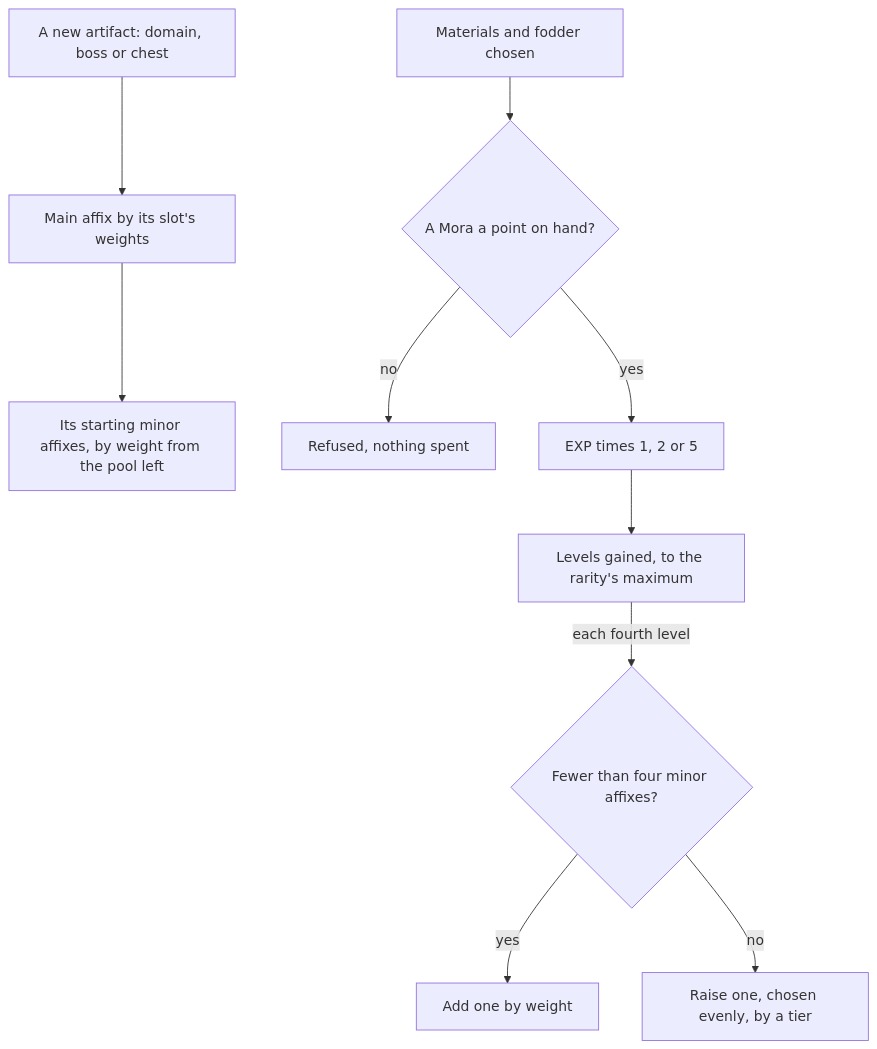
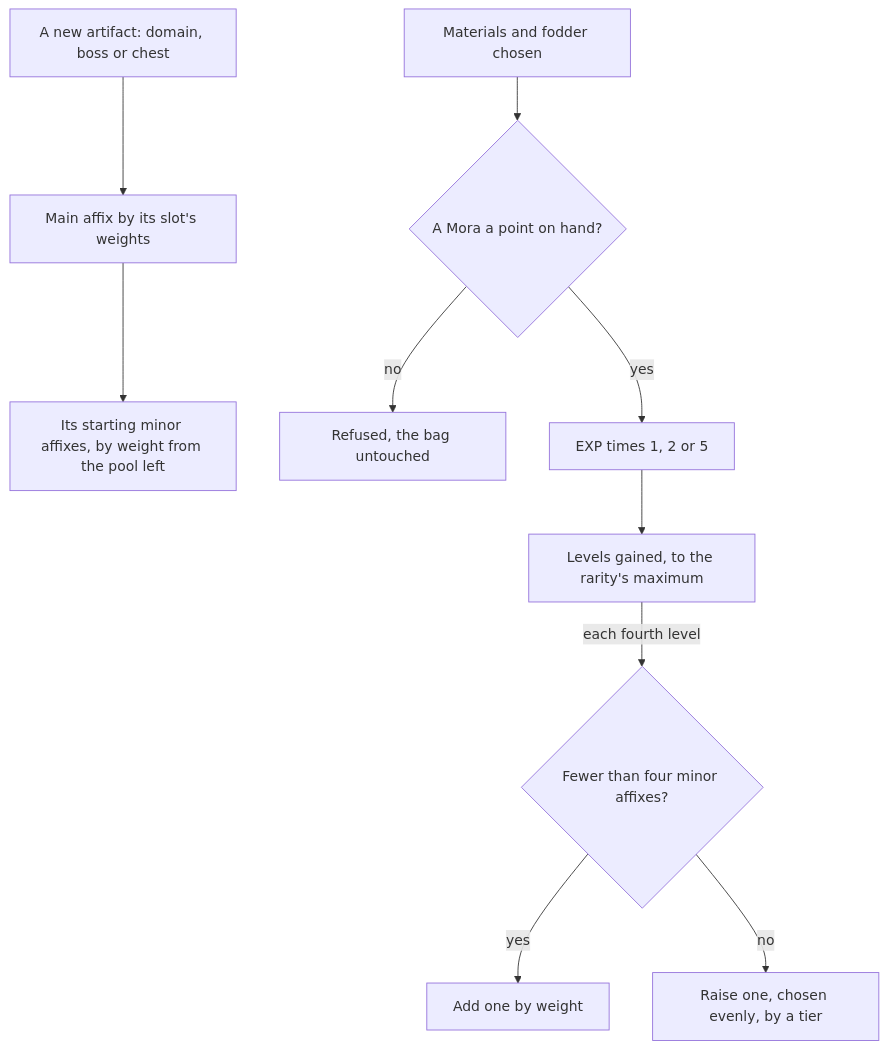
The diagram in apps/web/content/docs/proposals/genshin/artifact-enhancement.md (Esposter/Esposter), drawn with Mermaid before and after one commit. The commit also changed other lines of this file and 12 other files, not shown here.

````diff
--- a/apps/web/content/docs/proposals/genshin/artifact-enhancement.md
+++ b/apps/web/content/docs/proposals/genshin/artifact-enhancement.md
@@ -23,12 +23,12 @@
 ```mermaid
 flowchart TD
   NEW["A new artifact: domain, boss or chest"] --> MAIN["Main affix by its slot's weights"]
   MAIN --> MINOR["Its starting minor affixes, by weight from the pool left"]
   ENH["Materials and fodder chosen"] --> PAY{"A Mora a point on hand?"}
-  PAY -->|"no"| REFUSE["Refused, nothing spent"]
+  PAY -->|"no"| REFUSE["Refused, the bag untouched"]
   PAY -->|"yes"| MULT["EXP times 1, 2 or 5"]
   MULT --> LEVEL["Levels gained, to the rarity's maximum"]
   LEVEL -->|"each fourth level"| FOUR{"Fewer than four minor affixes?"}
   FOUR -->|"yes"| ADD["Add one by weight"]
   FOUR -->|"no"| RAISE["Raise one, chosen evenly, by a tier"]
 ```
````
